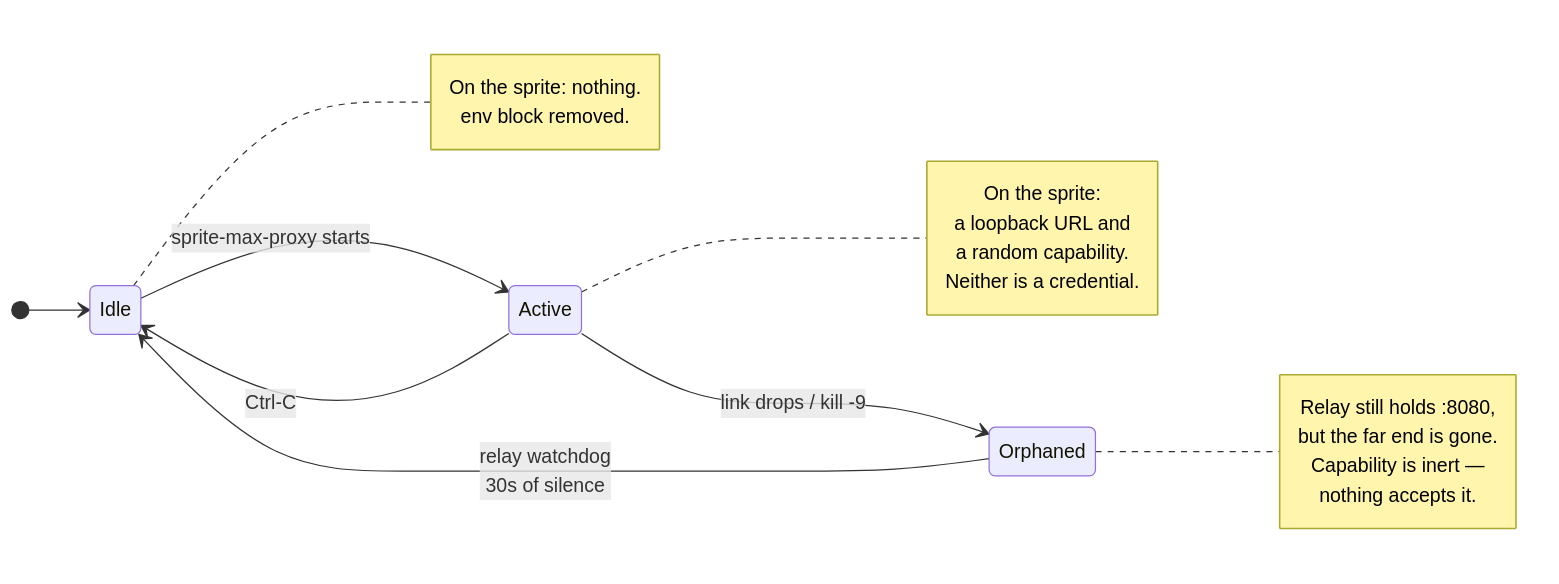
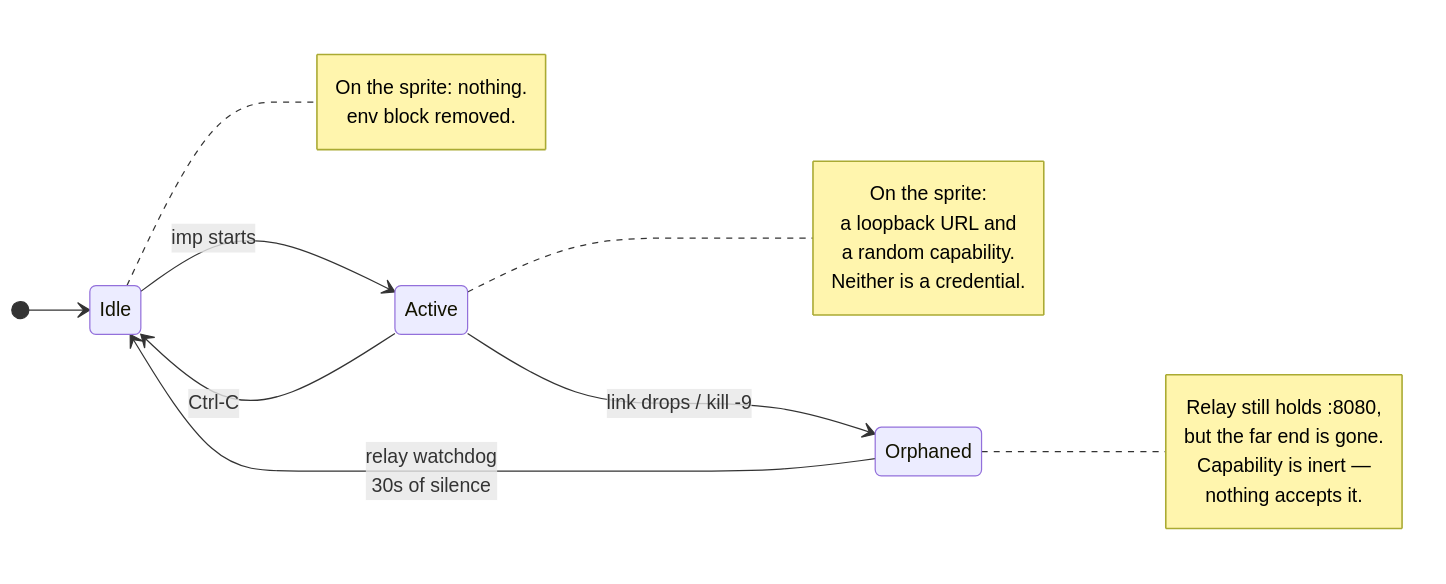
The third of 4 diagrams in README.md (metcalfc/imp), drawn with Mermaid before and after one commit. The commit also changed other lines of this file and 2 other files, not shown here.

First line of the commit message:
Rename to imp

````diff
--- a/README.md
+++ b/README.md
@@ -118,30 +118,30 @@
 ```mermaid
 stateDiagram-v2
     direction LR
     [*] --> Idle
 
-    Idle --> Active: sprite-max-proxy starts
+    Idle --> Active: imp starts
 
     Active --> Idle: Ctrl-C
     Active --> Orphaned: link drops / kill -9
     Orphaned --> Idle: relay watchdog<br/>30s of silence
 
     note right of Idle
         On the sprite: nothing.
         env block removed.
     end note
 
     note right of Active
         On the sprite:
         a loopback URL and
         a random capability.
         Neither is a credential.
     end note
 
     note right of Orphaned
         Relay still holds :8080,
         but the far end is gone.
         Capability is inert —
         nothing accepts it.
     end note
 ```
````
